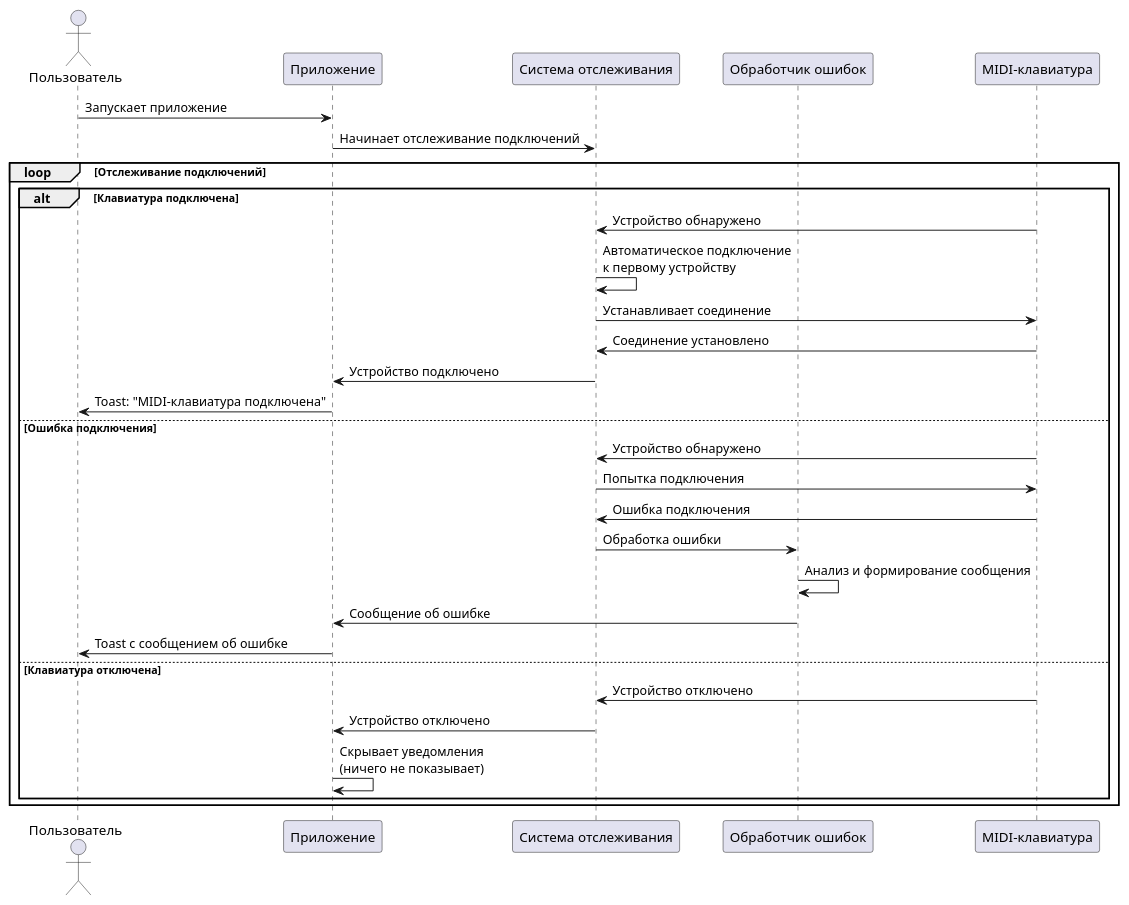
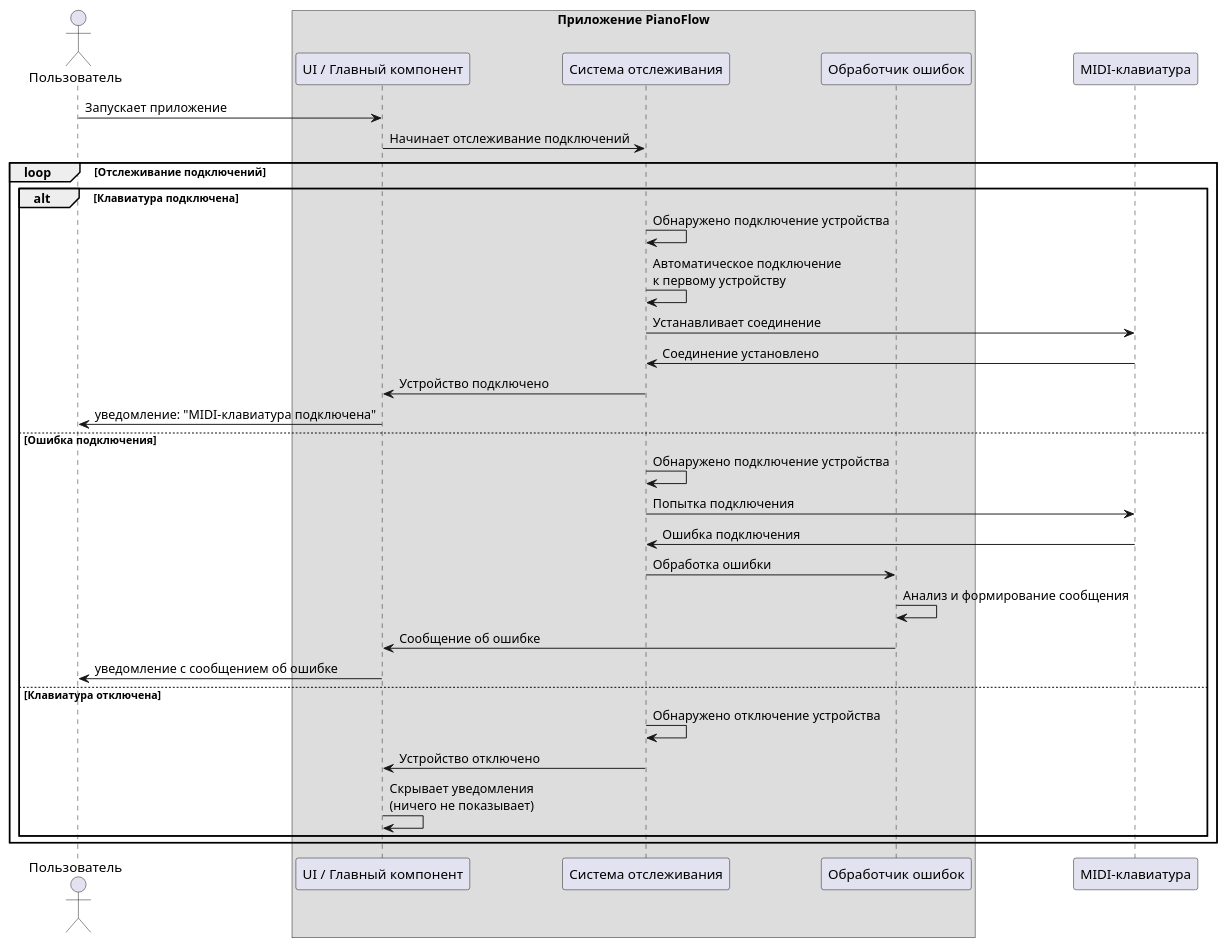
Before and after one commit to astrizhachuk/PianoFlow: the second of 2 diagrams in docs/uc/USB_MIDI_KEYBOARD.md, drawn with PlantUML. The commit also changed other lines of this file and 3 other files, not shown here.

````diff
--- a/docs/uc/USB_MIDI_KEYBOARD.md
+++ b/docs/uc/USB_MIDI_KEYBOARD.md
@@ -241,36 +241,38 @@
 ```plantuml
 @startuml
 actor Пользователь as User
-participant "Приложение" as App
-participant "Система отслеживания" as Tracker
-participant "Обработчик ошибок" as ErrorHandler
+box "Приложение PianoFlow"
+  participant "UI / Главный компонент" as UI
+  participant "Система отслеживания" as Tracker
+  participant "Обработчик ошибок" as ErrorHandler
+end box
 participant "MIDI-клавиатура" as Keyboard
 
-User -> App : Запускает приложение
-App -> Tracker : Начинает отслеживание подключений
+User -> UI : Запускает приложение
+UI -> Tracker : Начинает отслеживание подключений
 
 loop Отслеживание подключений
   alt Клавиатура подключена
-    Keyboard -> Tracker : Устройство обнаружено
+    Tracker -> Tracker : Обнаружено подключение устройства
     Tracker -> Tracker : Автоматическое подключение\nк первому устройству
     Tracker -> Keyboard : Устанавливает соединение
     Keyboard -> Tracker : Соединение установлено
-    Tracker -> App : Устройство подключено
-    App -> User : Toast: "MIDI-клавиатура подключена"
+    Tracker -> UI : Устройство подключено
+    UI -> User : уведомление: "MIDI-клавиатура подключена"
   else Ошибка подключения
-    Keyboard -> Tracker : Устройство обнаружено
+    Tracker -> Tracker : Обнаружено подключение устройства
     Tracker -> Keyboard : Попытка подключения
     Keyboard -> Tracker : Ошибка подключения
     Tracker -> ErrorHandler : Обработка ошибки
     ErrorHandler -> ErrorHandler : Анализ и формирование сообщения
-    ErrorHandler -> App : Сообщение об ошибке
-    App -> User : Toast с сообщением об ошибке
+    ErrorHandler -> UI : Сообщение об ошибке
+    UI -> User : уведомление с сообщением об ошибке
   else Клавиатура отключена
-    Keyboard -> Tracker : Устройство отключено
-    Tracker -> App : Устройство отключено
-    App -> App : Скрывает уведомления\n(ничего не показывает)
+    Tracker -> Tracker : Обнаружено отключение устройства
+    Tracker -> UI : Устройство отключено
+    UI -> UI : Скрывает уведомления\n(ничего не показывает)
   end
 end
 
 @enduml
 ```
````
